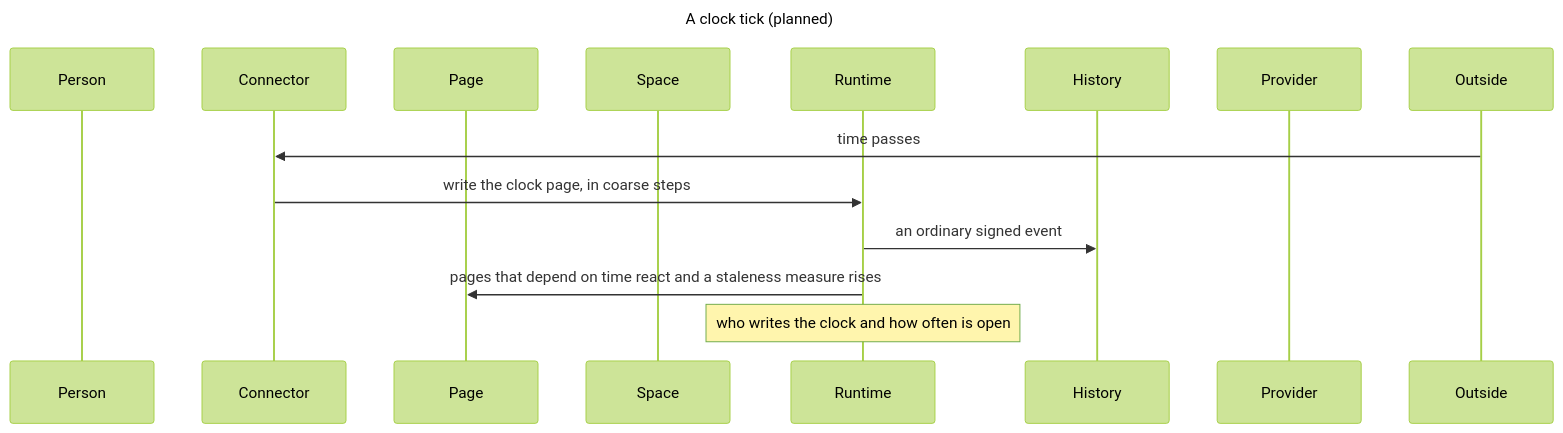
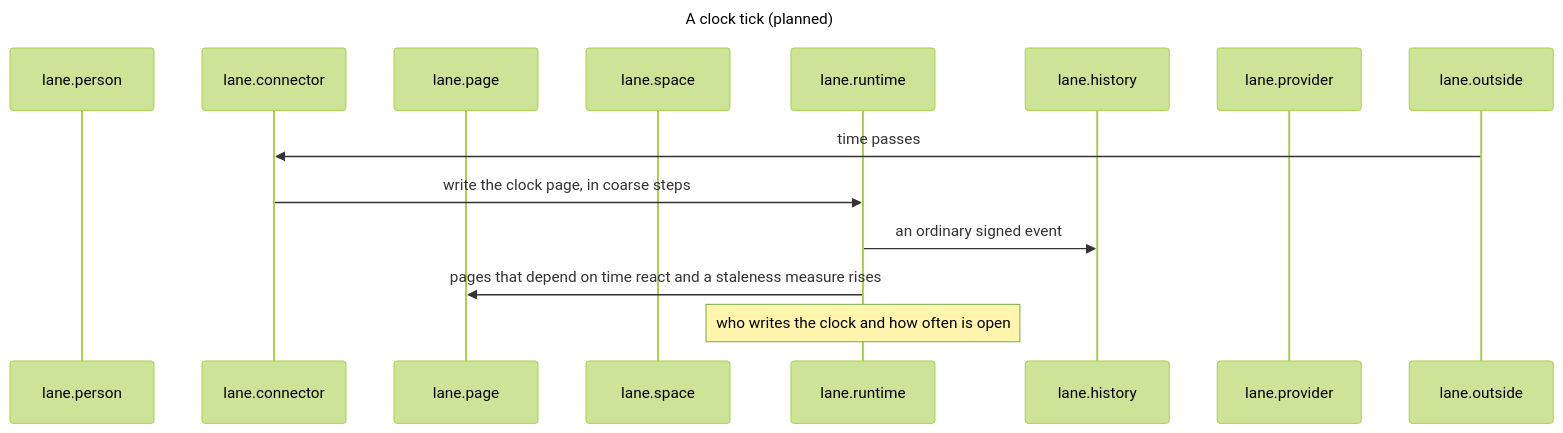
One commit to drksci/conky changed diagram 16 of 29 in docs/reference/architecture.md. Above: the diagram before and after it, drawn with Mermaid (forest theme). The commit also changed other lines of this file and 84 other files, not shown here.

First line of the commit message:
refactor: give every part of the architecture a dotted name

````diff
--- a/docs/reference/architecture.md
+++ b/docs/reference/architecture.md
@@ -704,19 +736,19 @@
 ```mermaid
 ---
 title: A clock tick (planned)
 ---
 sequenceDiagram
-    participant Person
-    participant Connector
-    participant Page
-    participant Space
-    participant Runtime
-    participant History
-    participant Provider
-    participant Outside
-    Outside->>Connector: time passes
-    Connector->>Runtime: write the clock page, in coarse steps
-    Runtime->>History: an ordinary signed event
-    Runtime->>Page: pages that depend on time react and a staleness measure rises
-    Note over Runtime: who writes the clock and how often is open
+    participant lane.person
+    participant lane.connector
+    participant lane.page
+    participant lane.space
+    participant lane.runtime
+    participant lane.history
+    participant lane.provider
+    participant lane.outside
+    lane.outside->>lane.connector: time passes
+    lane.connector->>lane.runtime: write the clock page, in coarse steps
+    lane.runtime->>lane.history: an ordinary signed event
+    lane.runtime->>lane.page: pages that depend on time react and a staleness measure rises
+    Note over lane.runtime: who writes the clock and how often is open
 ```
````
